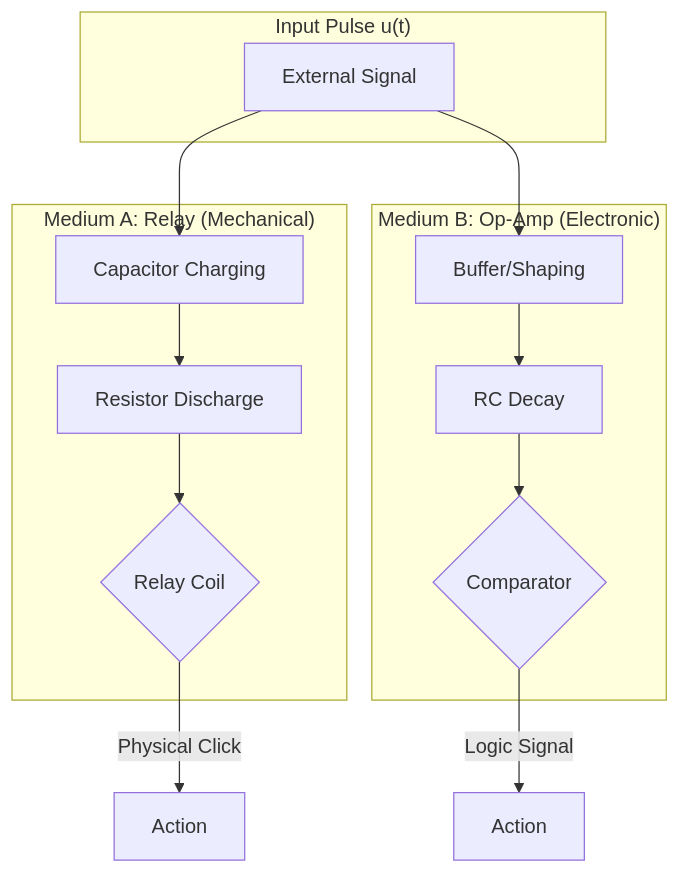
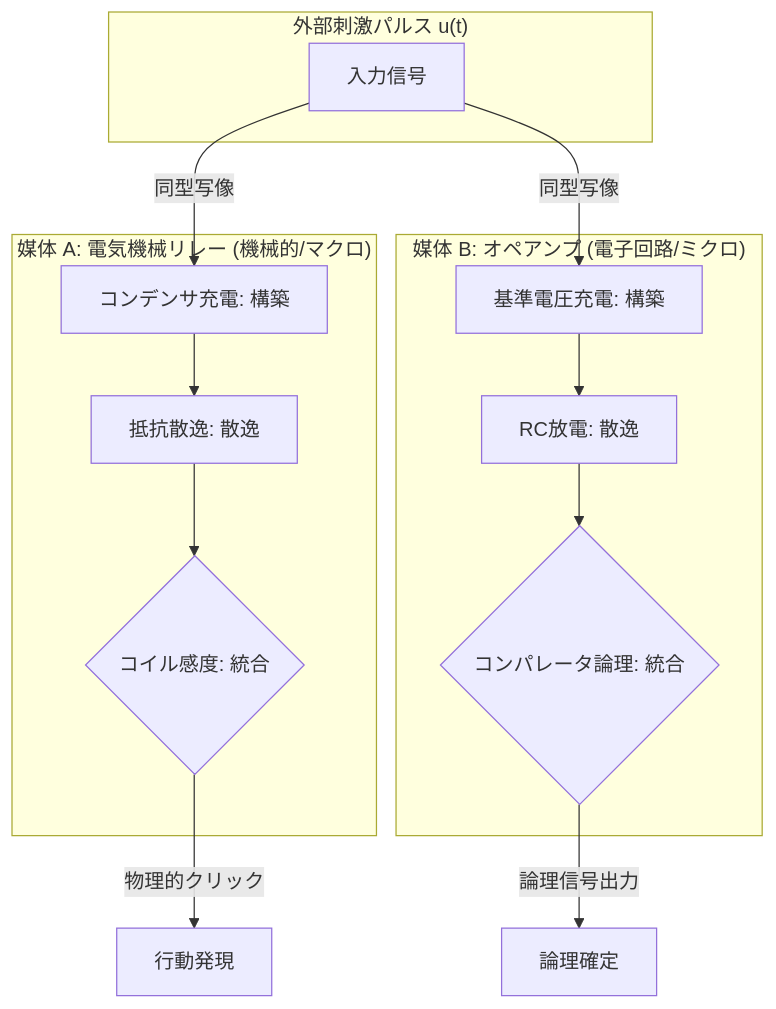
One commit to aikenkyu001/PoI_theory changed diagram 15 of 30 in PoI_Theory_jp.md. Above: the diagram before and after it, drawn with Mermaid. The commit also changed other lines of this file and 8 other files, not shown here.

````diff
--- a/PoI_Theory_jp.md
+++ b/PoI_Theory_jp.md
@@ -1224,18 +1229,18 @@
 ```mermaid
 graph TD
-    subgraph "Input Pulse u(t)"
-        In[External Signal]
+    subgraph "外部刺激パルス u(t)"
+        In[入力信号]
     end
-    subgraph "Medium A: Relay (Mechanical)"
-        RA[Capacitor Charging] --> RB[Resistor Discharge]
-        RB --> RC{Relay Coil}
+    subgraph "媒体 A: 電気機械リレー (機械的/マクロ)"
+        RA[コンデンサ充電: 構築] --> RB[抵抗散逸: 散逸]
+        RB --> RC{コイル感度: 統合}
     end
-    subgraph "Medium B: Op-Amp (Electronic)"
-        OA[Buffer/Shaping] --> OB[RC Decay]
-        OB --> OC{Comparator}
+    subgraph "媒体 B: オペアンプ (電子回路/ミクロ)"
+        OA[基準電圧充電: 構築] --> OB[RC放電: 散逸]
+        OB --> OC{コンパレータ論理: 統合}
     end
-    In --> RA
-    In --> OA
-    RC -->|Physical Click| OutA[Action]
-    OC -->|Logic Signal| OutB[Action]
+    In -->|同型写像| RA
+    In -->|同型写像| OA
+    RC -->|物理的クリック| OutA[行動発現]
+    OC -->|論理信号出力| OutB[論理確定]
 ```
````
